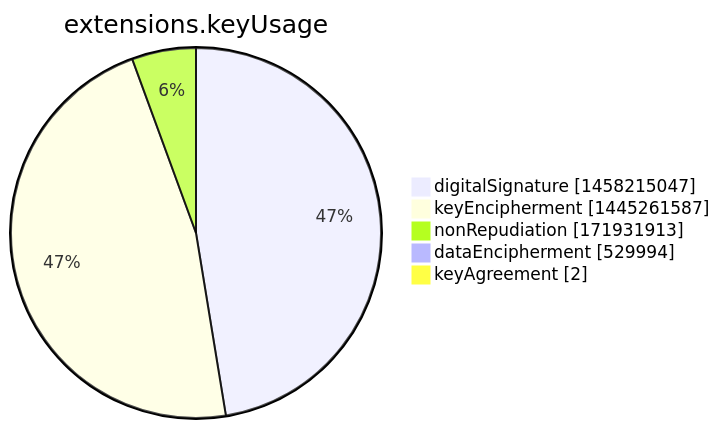
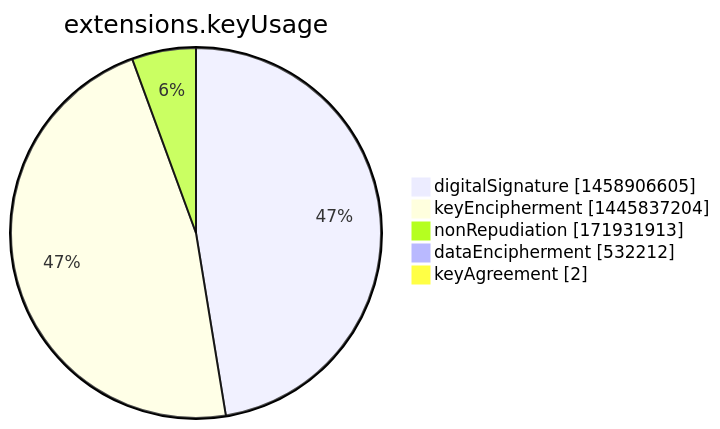
One commit to christiankrug/ctmonitor_visualization changed the seventh of 15 diagrams in argon2022/README.md. Above: the diagram before and after it, drawn with Mermaid. The commit also changed other lines of this file, not shown here.

````diff
--- a/argon2022/README.md
+++ b/argon2022/README.md
@@ -2751,9 +2751,9 @@
 ```mermaid
 pie showData
 title extensions.keyUsage
-"digitalSignature" :1458215047
-"keyEncipherment" :1445261587
+"digitalSignature" :1458906605
+"keyEncipherment" :1445837204
 "nonRepudiation" :171931913
-"dataEncipherment" :529994
+"dataEncipherment" :532212
 "keyAgreement" :2
 ```
````
